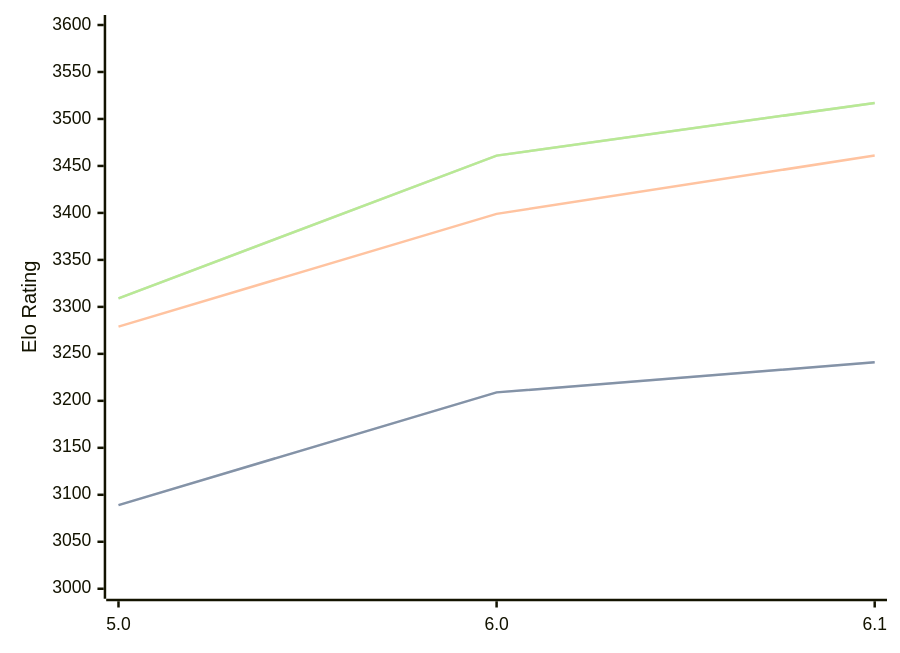
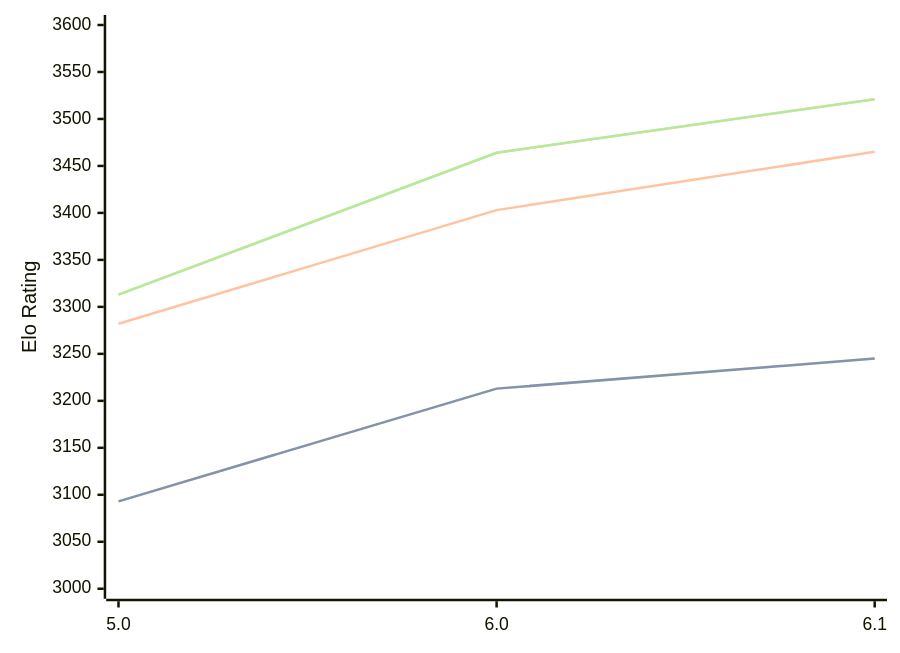
Before and after one commit to computer-chess-index/cci: the diagram in engines/PZChessBot.md, drawn with Mermaid. The commit also changed other lines of this file, not shown here.

Commit message:
Update CCI Ratings (ELO VLTC) - 2026-05-02

````diff
--- a/engines/PZChessBot.md
+++ b/engines/PZChessBot.md
@@ -42,11 +42,11 @@
 ```mermaid
 %%{init: {"theme":"base","themeVariables":{"seriesColors:['#a3a3a3','#222221','#faa371']}}}%%
 xychart-beta
   x-axis ["5.0", "6.0", "6.1"]
   y-axis "Elo Rating" 3000 --> 3600
-  line "STC (8.0+0.08s)" [3089, 3209, 3241]
-  line "STC (8.0+0.08s)" [3089, 3209, 3241]
-  line "LTC (60.0+0.60s)" [3279, 3399, 3461]
-  line "VLTC (2m24s+1.12s)" [3309, 3461, 3517]
-  line "VLTC (2m24s+1.12s)" [3309, 3461, 3517]
+  line "STC (8.0+0.08s)" [3093, 3213, 3245]
+  line "STC (8.0+0.08s)" [3093, 3213, 3245]
+  line "LTC (60.0+0.60s)" [3282, 3403, 3465]
+  line "VLTC (2m24s+1.12s)" [3313, 3464, 3521]
+  line "VLTC (2m24s+1.12s)" [3313, 3464, 3521]
 ```
````
